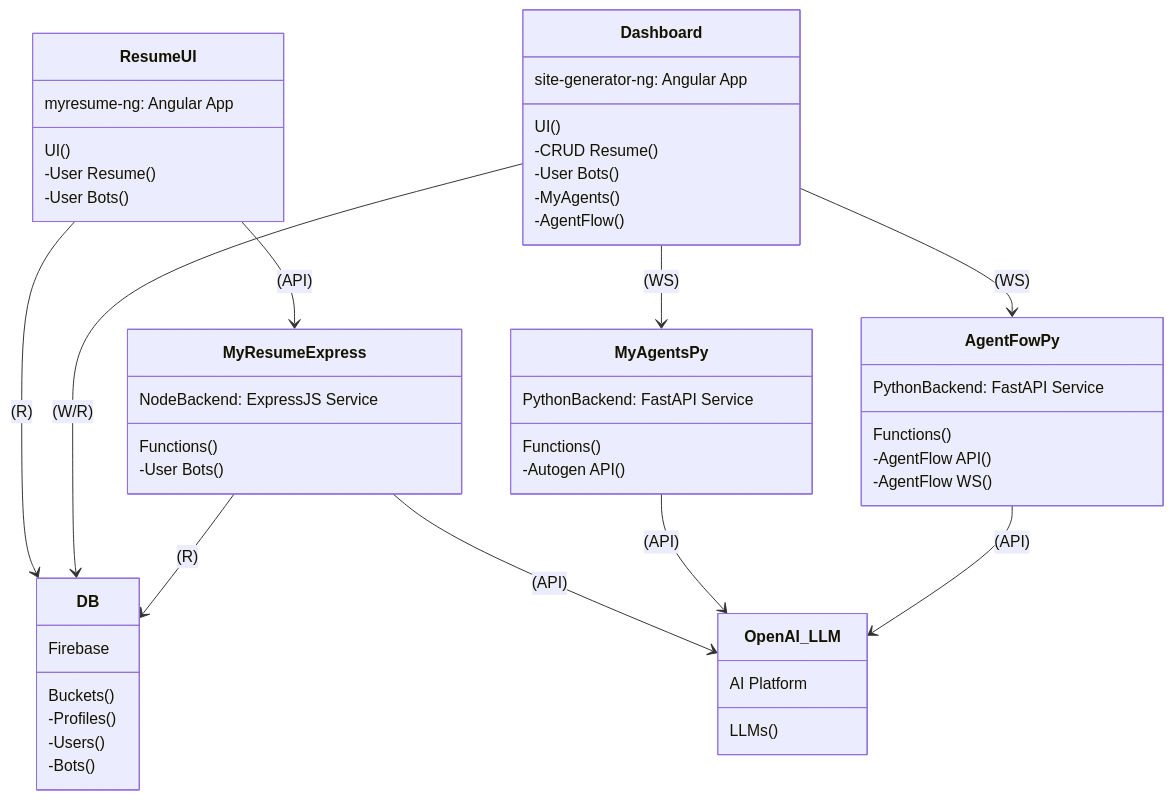
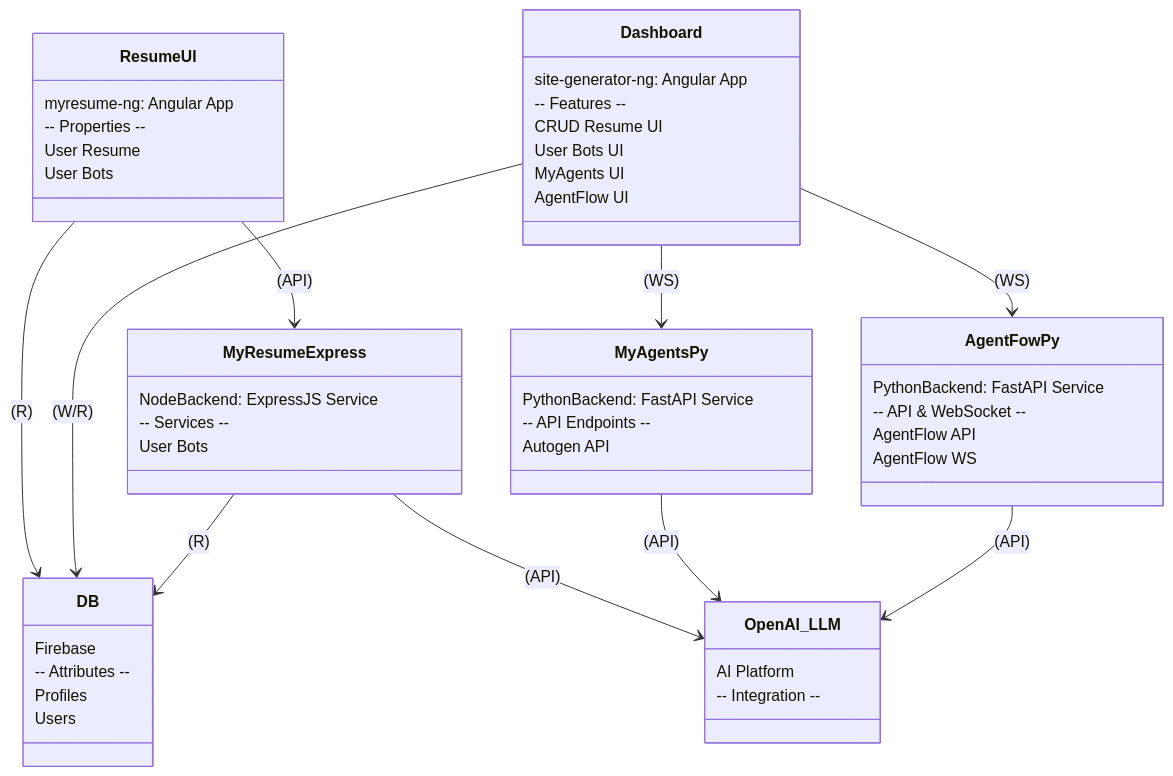
Before and after one commit to thaer899/connectorzzz: the diagram in README.md, drawn with Mermaid.

````diff
--- a/README.md
+++ b/README.md
@@ -24,64 +24,57 @@
 ```mermaid
 %%{init: {'theme': 'default'}}%%
 classDiagram
     class DB {
         Firebase
-        Buckets()
-
-        -Profiles()
-        -Users()
-        -Bots()
+        -- Attributes --
+        Profiles
+        Users
     }
     class ResumeUI {
         myresume-ng: Angular App
-        UI()
-
-        -User Resume()
-        -User Bots()
+        -- Properties --
+        User Resume
+        User Bots
     }
     class Dashboard {
         site-generator-ng: Angular App
-         UI()
-
-        -CRUD Resume()
-        -User Bots()
-        -MyAgents()
-        -AgentFlow()
+        -- Features --
+        CRUD Resume UI
+        User Bots UI
+        MyAgents UI
+        AgentFlow UI
     }
     class MyResumeExpress {
         NodeBackend: ExpressJS Service
-        Functions()
-
-        -User Bots()
+        -- Services --
+        User Bots
     }
     class MyAgentsPy {
         PythonBackend: FastAPI Service
-        Functions()
-
-        -Autogen API()
+        -- API Endpoints --
+        Autogen API
     }
     class AgentFowPy {
         PythonBackend: FastAPI Service
-        Functions()
-
-        -AgentFlow API()
-        -AgentFlow WS()
+        -- API & WebSocket --
+        AgentFlow API
+        AgentFlow WS
     }
     class OpenAI_LLM {
         AI Platform
-        LLMs()
+        -- Integration --
     }
 
     %% Connections
     ResumeUI --> DB :  (R)
     Dashboard --> DB :  (W/R)
     ResumeUI --> MyResumeExpress : (API)
     MyResumeExpress --> DB :  (R)
     MyResumeExpress --> OpenAI_LLM : (API)
     Dashboard --> MyAgentsPy :  (WS)
     MyAgentsPy --> OpenAI_LLM : (API)
     Dashboard --> AgentFowPy :  (WS)
     AgentFowPy --> OpenAI_LLM : (API)
 
 
 ```
````
